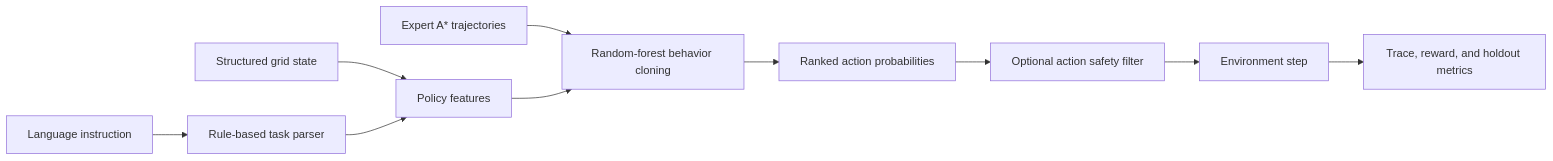
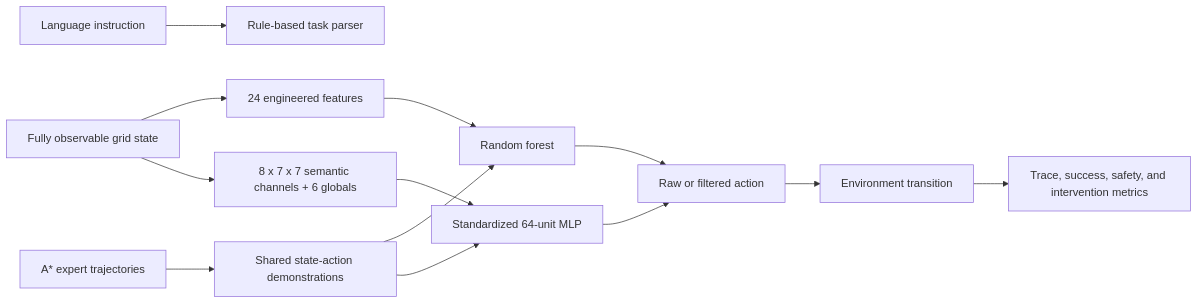
One commit to josiahsutd-stack/ai-portfolio changed the diagram in projects/vla-embodied-agent-simulator/README.md. Above: the diagram before and after it, drawn with Mermaid. The commit also changed other lines of this file and 31 other files, not shown here.

````diff
--- a/projects/vla-embodied-agent-simulator/README.md
+++ b/projects/vla-embodied-agent-simulator/README.md
@@ -66,12 +75,15 @@
 ```mermaid
 flowchart LR
   A["Language instruction"] --> B["Rule-based task parser"]
-  C["Structured grid state"] --> D["Policy features"]
-  E["Expert A* trajectories"] --> F["Random-forest behavior cloning"]
-  B --> D
-  D --> F
-  F --> G["Ranked action probabilities"]
-  G --> H["Optional action safety filter"]
-  H --> I["Environment step"]
-  I --> J["Trace, reward, and holdout metrics"]
+  C["Fully observable grid state"] --> D["24 engineered features"]
+  C --> E["8 x 7 x 7 semantic channels + 6 globals"]
+  F["A* expert trajectories"] --> G["Shared state-action demonstrations"]
+  G --> H["Random forest"]
+  G --> I["Standardized 64-unit MLP"]
+  D --> H
+  E --> I
+  H --> J["Raw or filtered action"]
+  I --> J
+  J --> K["Environment transition"]
+  K --> L["Trace, success, safety, and intervention metrics"]
 ```
````
